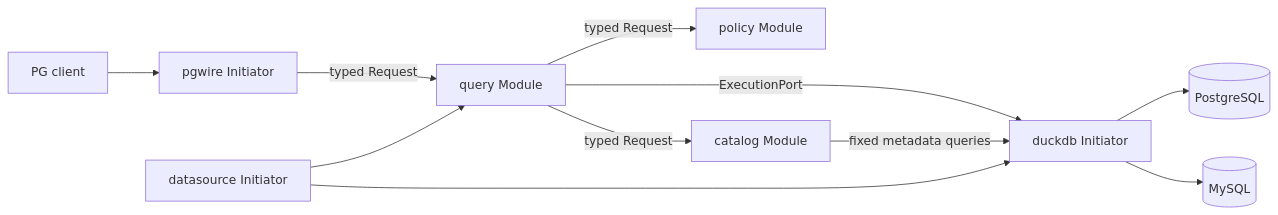
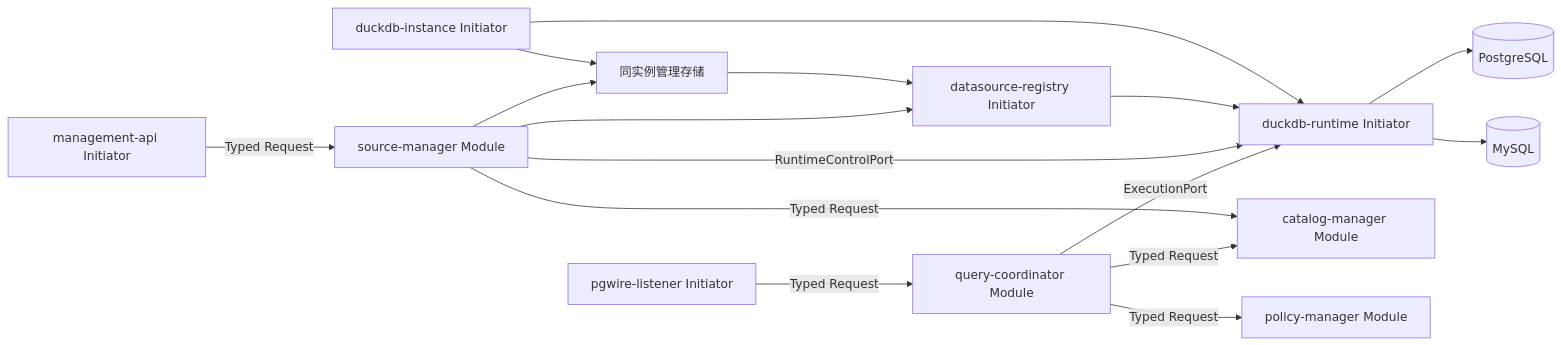
Before and after one commit to muidea/fedengine: the diagram in docs/architecture.md, drawn with Mermaid. The commit also changed other lines of this file and 109 other files, not shown here.

First line of the commit message:
feat: implement online datasource management and virtual PostgreSQL catalogs

````diff
--- a/docs/architecture.md
+++ b/docs/architecture.md
@@ -5,13 +5,18 @@
 ```mermaid
 flowchart LR
-    Client[PG client] --> PG[pgwire Initiator]
-    PG -->|typed Request| Q[query Module]
-    Q -->|typed Request| P[policy Module]
-    Q -->|typed Request| C[catalog Module]
-    Q -->|ExecutionPort| D[duckdb Initiator]
-    C -->|fixed metadata queries| D
-    D --> PGDB[(PostgreSQL)]
-    D --> MYDB[(MySQL)]
-    R[datasource Initiator] --> Q
+    I[duckdb-instance Initiator] --> S[同实例管理存储]
+    S --> R[datasource-registry Initiator]
+    I --> D[duckdb-runtime Initiator]
     R --> D
+    HTTP[management-api Initiator] -->|Typed Request| M[source-manager Module]
+    M --> S
+    M --> R
+    M -->|RuntimeControlPort| D
+    M -->|Typed Request| C[catalog-manager Module]
+    PG[pgwire-listener Initiator] -->|Typed Request| Q[query-coordinator Module]
+    Q -->|Typed Request| P[policy-manager Module]
+    Q -->|Typed Request| C
+    Q -->|ExecutionPort| D
+    D --> PostgreSQL[(PostgreSQL)]
+    D --> MySQL[(MySQL)]
 ```
````
